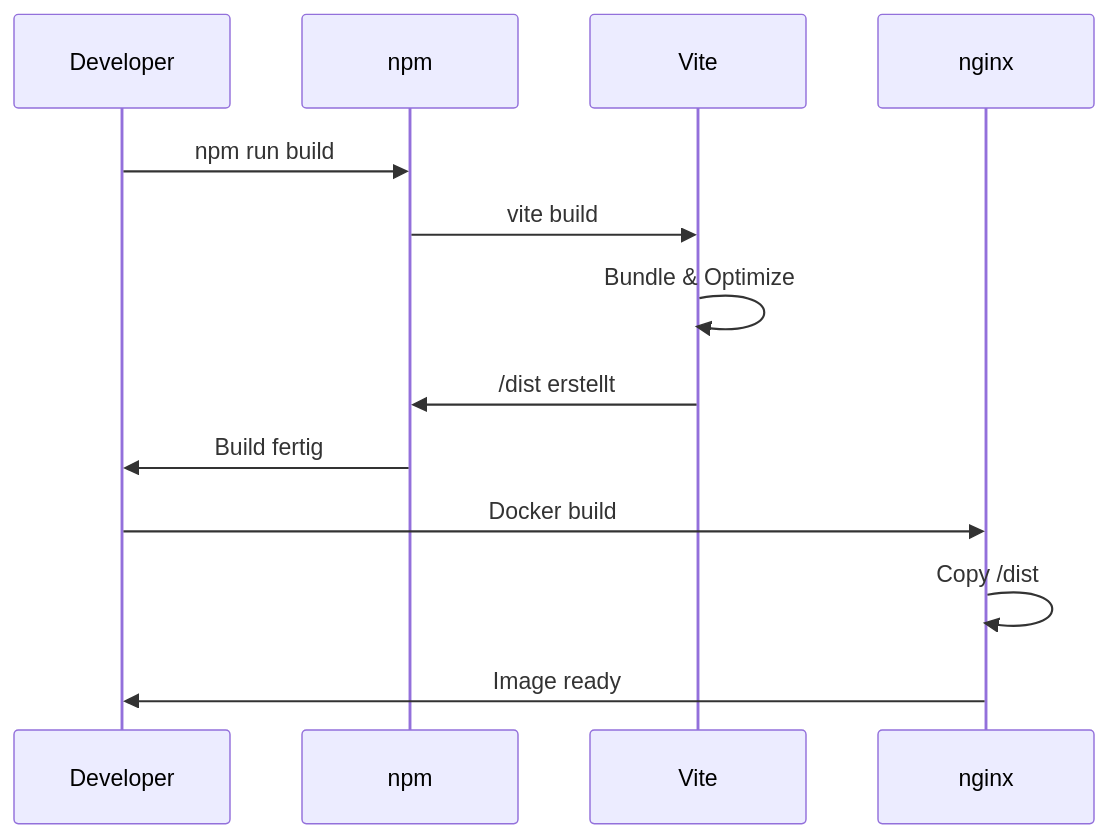
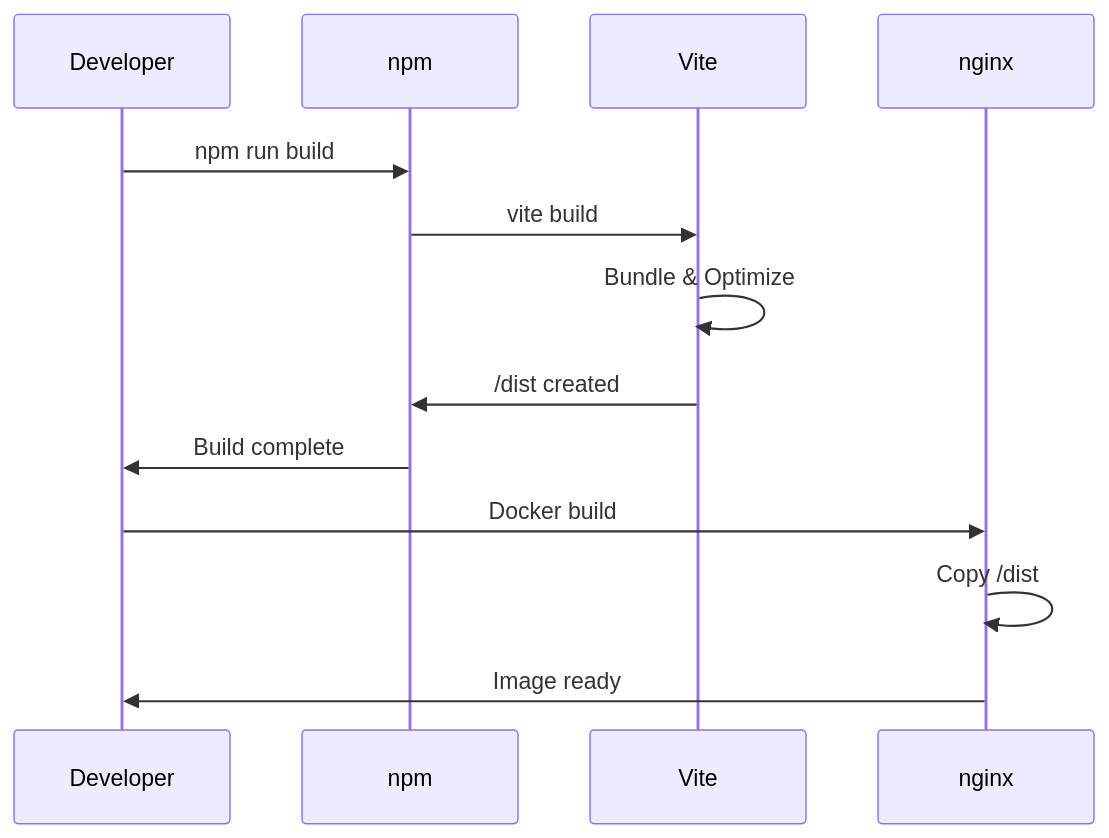
Before and after one commit to woped/woped-next: the third of 3 diagrams in docs/ops/deployment.md, drawn with Mermaid. The commit also changed other lines of this file and 24 other files, not shown here.

````diff
--- a/docs/ops/deployment.md
+++ b/docs/ops/deployment.md
@@ -60,16 +74,16 @@
 ```mermaid
 sequenceDiagram
     participant D as Developer
     participant N as npm
     participant V as Vite
     participant NG as nginx
     
     D->>N: npm run build
     N->>V: vite build
     V->>V: Bundle & Optimize
-    V->>N: /dist erstellt
-    N->>D: Build fertig
+    V->>N: /dist created
+    N->>D: Build complete
     D->>NG: Docker build
     NG->>NG: Copy /dist
     NG->>D: Image ready
 ```
````
